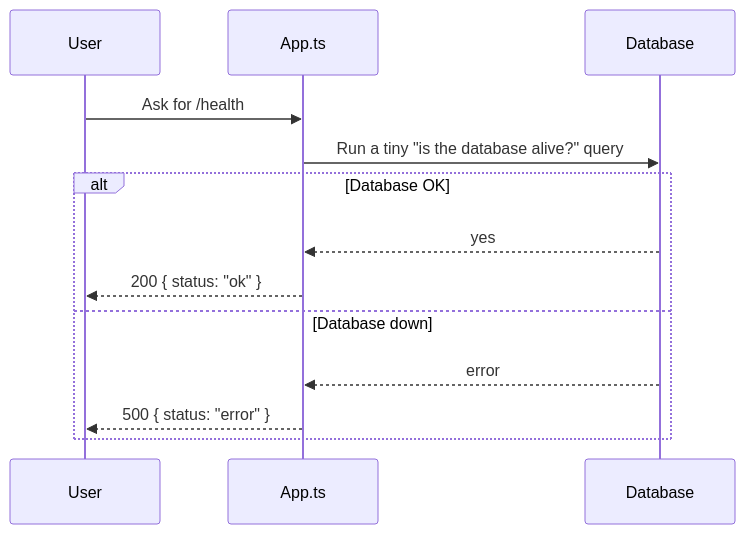
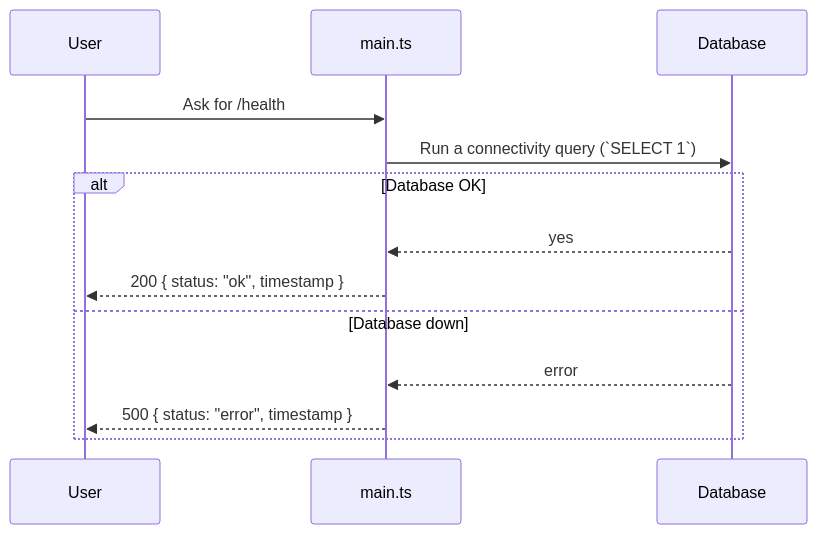
One commit to J00ZzZ/ft_transcendence changed the second of 4 diagrams in docs/backend/backend-app-bootstrap-system.md. Above: the diagram before and after it, drawn with Mermaid. The commit also changed other lines of this file and 31 other files, not shown here.

````diff
--- a/docs/backend/backend-app-bootstrap-system.md
+++ b/docs/backend/backend-app-bootstrap-system.md
@@ -111,16 +111,16 @@
 ```mermaid
 sequenceDiagram
     participant User
-    participant App as App.ts
+    participant App as main.ts
     participant DB as Database
 
     User->>App: Ask for /health
-    App->>DB: Run a tiny "is the database alive?" query
+    App->>DB: Run a connectivity query (`SELECT 1`)
     alt Database OK
         DB-->>App: yes
-        App-->>User: 200 { status: "ok" }
+        App-->>User: 200 { status: "ok", timestamp }
     else Database down
         DB-->>App: error
-        App-->>User: 500 { status: "error" }
+        App-->>User: 500 { status: "error", timestamp }
     end
 ```
````
